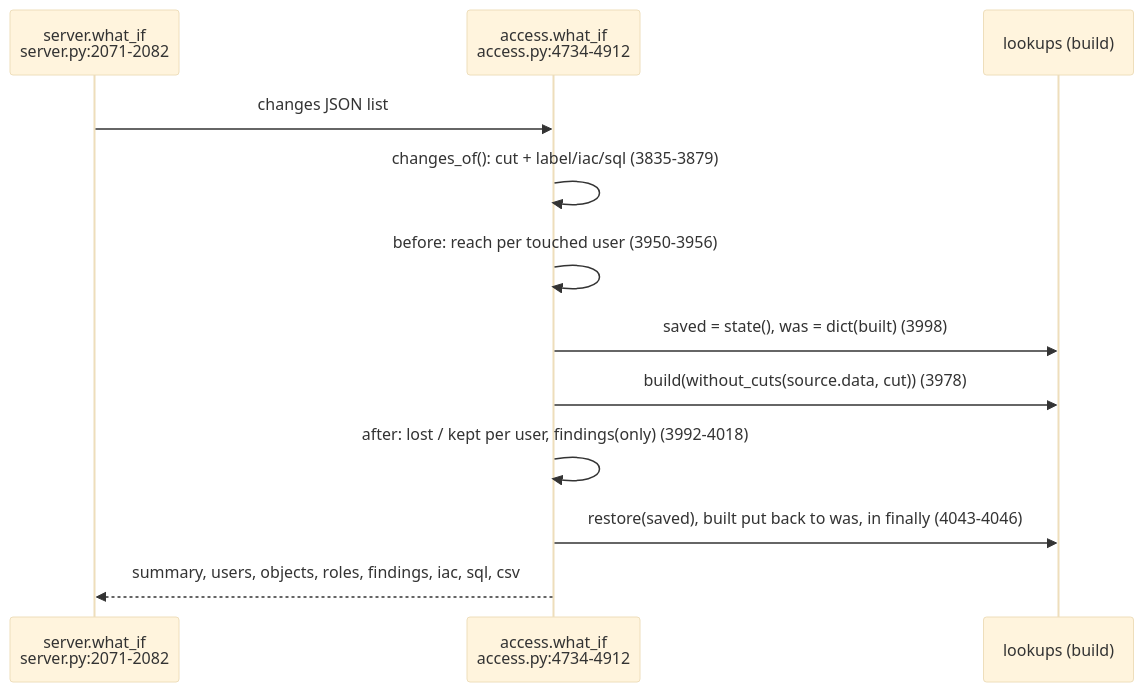
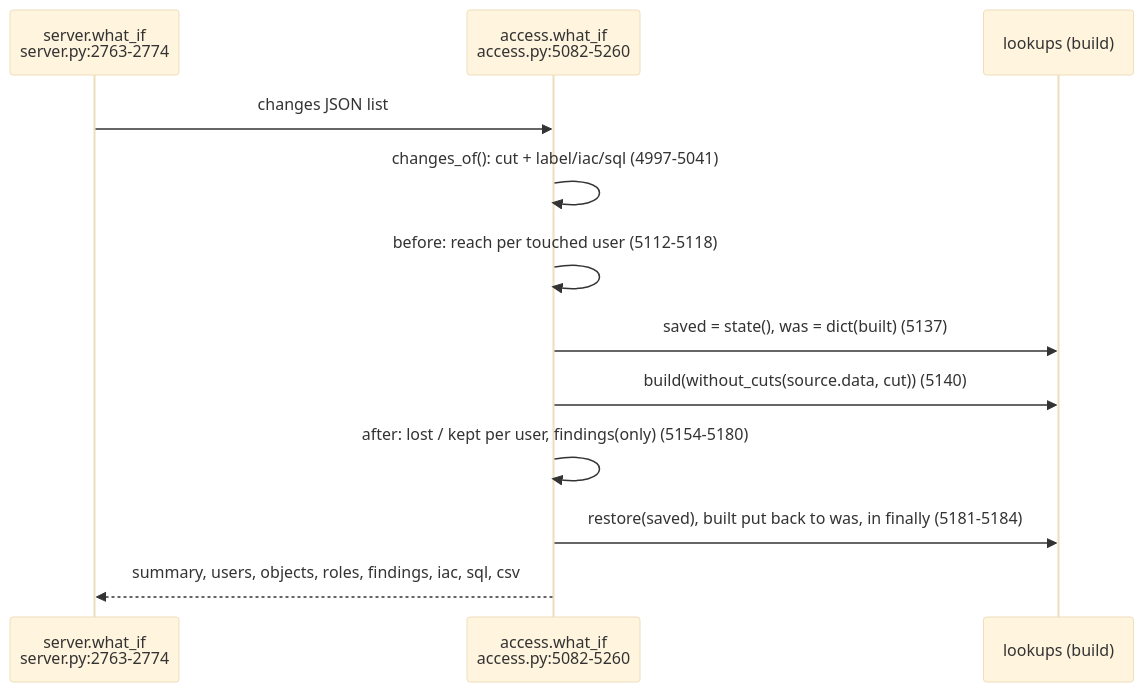
Before and after one commit to darshanmeel/snowflake-access-explorer: the diagram in snowflake-access-explorer-knowledge-graph/logic/what-if.md, drawn with Mermaid (base theme). The commit also changed other lines of this file and 86 other files, not shown here.

First line of the commit message:
Knowledge graph up to a71221c: paged pages, lazy graph boxes, read order, What changed at refresh, load steps

````diff
--- a/snowflake-access-explorer-knowledge-graph/logic/what-if.md
+++ b/snowflake-access-explorer-knowledge-graph/logic/what-if.md
@@ -6,14 +6,14 @@
 ```mermaid
 sequenceDiagram
-  participant S as server.what_if<br/>server.py:2071-2082
-  participant W as access.what_if<br/>access.py:4734-4912
+  participant S as server.what_if<br/>server.py:2763-2774
+  participant W as access.what_if<br/>access.py:5082-5260
   participant L as lookups (build)
   S->>W: changes JSON list
-  W->>W: changes_of(): cut + label/iac/sql (3835-3879)
-  W->>W: before: reach per touched user (3950-3956)
-  W->>L: saved = state(), was = dict(built) (3998)
-  W->>L: build(without_cuts(source.data, cut)) (3978)
-  W->>W: after: lost / kept per user, findings(only) (3992-4018)
-  W->>L: restore(saved), built put back to was, in finally (4043-4046)
+  W->>W: changes_of(): cut + label/iac/sql (4997-5041)
+  W->>W: before: reach per touched user (5112-5118)
+  W->>L: saved = state(), was = dict(built) (5137)
+  W->>L: build(without_cuts(source.data, cut)) (5140)
+  W->>W: after: lost / kept per user, findings(only) (5154-5180)
+  W->>L: restore(saved), built put back to was, in finally (5181-5184)
   W-->>S: summary, users, objects, roles, findings, iac, sql, csv
 ```
````
